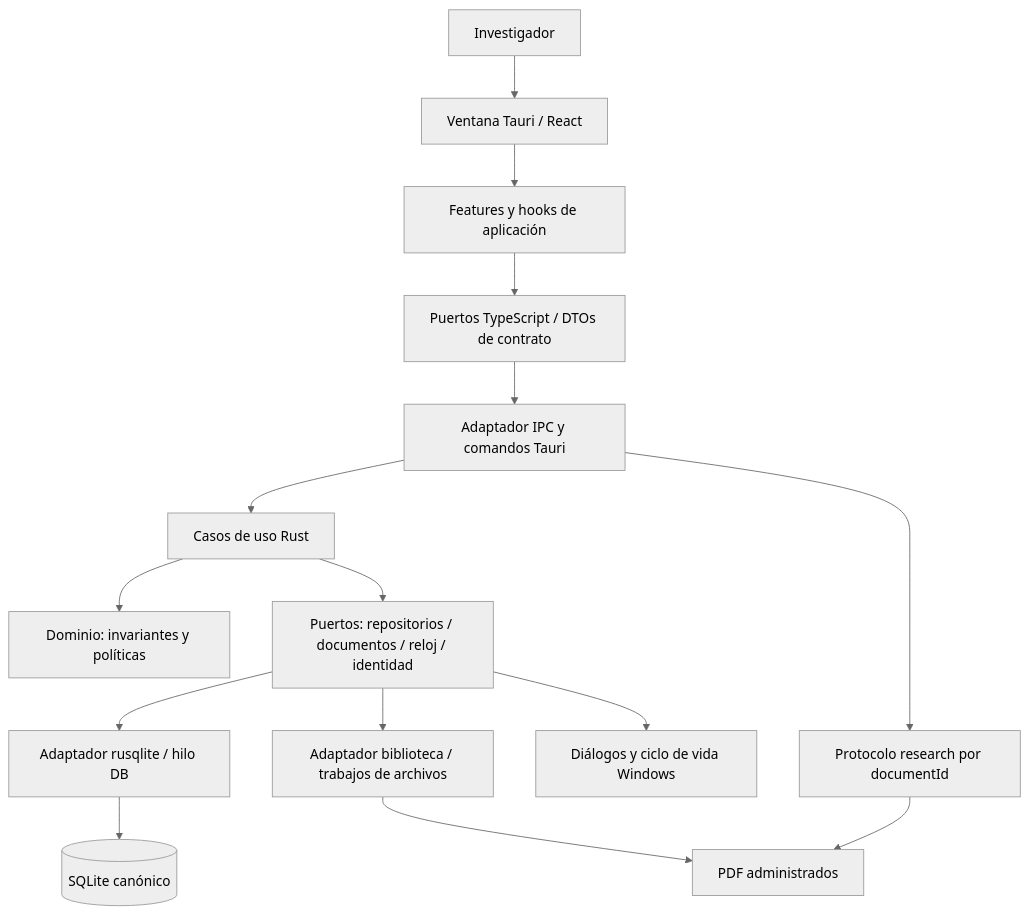
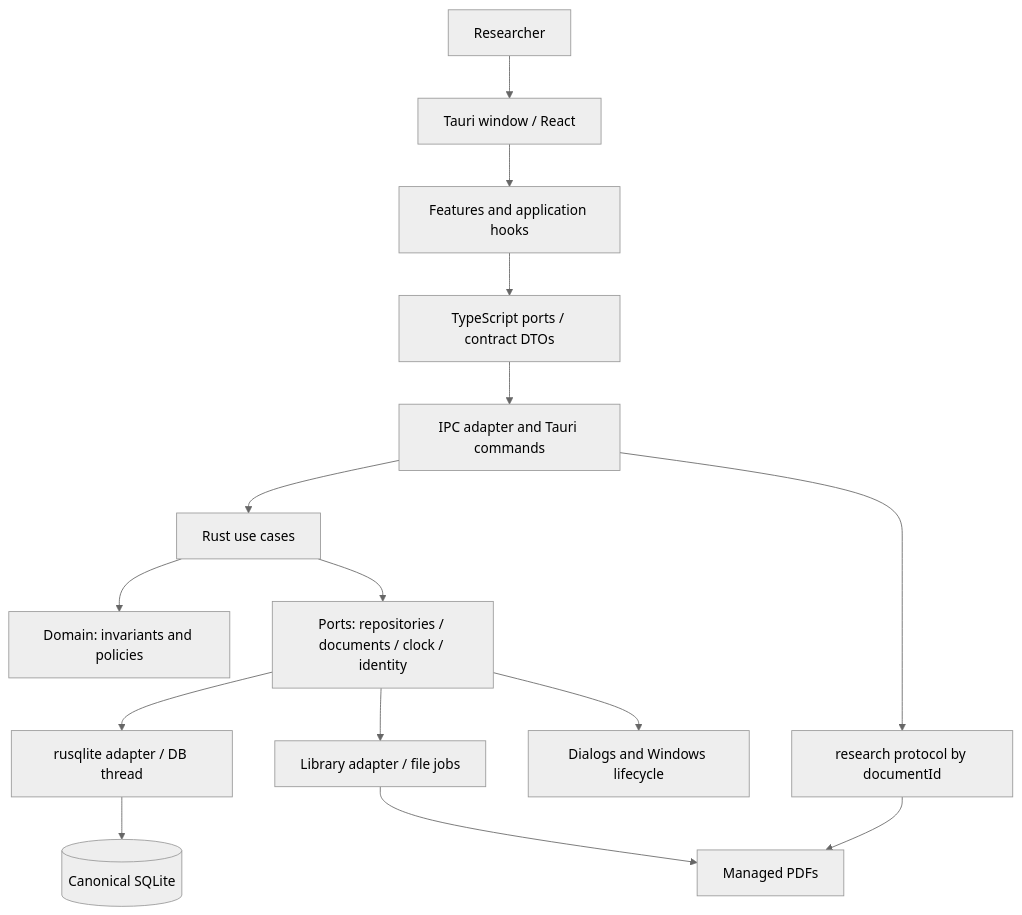
Before and after one commit to dpalazon-dev/doctorado-ucam: the first of 2 diagrams in prototypes/research-workbench/docs/architecture/ARCHITECTURE.md, drawn with Mermaid (neutral theme). The commit also changed other lines of this file and 277 other files, not shown here.

````diff
--- a/prototypes/research-workbench/docs/architecture/ARCHITECTURE.md
+++ b/prototypes/research-workbench/docs/architecture/ARCHITECTURE.md
@@ -11,17 +11,17 @@
 ```mermaid
 flowchart TB
-  U[Investigador] --> UI[Ventana Tauri / React]
-  UI --> F[Features y hooks de aplicación]
-  F --> API[Puertos TypeScript / DTOs de contrato]
-  API --> IPC[Adaptador IPC y comandos Tauri]
-  IPC --> A[Casos de uso Rust]
-  A --> D[Dominio: invariantes y políticas]
-  A --> P[Puertos: repositorios / documentos / reloj / identidad]
-  P --> DB[Adaptador rusqlite / hilo DB]
-  P --> FS[Adaptador biblioteca / trabajos de archivos]
-  P --> OS[Diálogos y ciclo de vida Windows]
-  DB --> S[(SQLite canónico)]
-  FS --> PDF[PDF administrados]
-  IPC --> R[Protocolo research por documentId]
+  U[Researcher] --> UI[Tauri window / React]
+  UI --> F[Features and application hooks]
+  F --> API[TypeScript ports / contract DTOs]
+  API --> IPC[IPC adapter and Tauri commands]
+  IPC --> A[Rust use cases]
+  A --> D[Domain: invariants and policies]
+  A --> P[Ports: repositories / documents / clock / identity]
+  P --> DB[rusqlite adapter / DB thread]
+  P --> FS[Library adapter / file jobs]
+  P --> OS[Dialogs and Windows lifecycle]
+  DB --> S[(Canonical SQLite)]
+  FS --> PDF[Managed PDFs]
+  IPC --> R[research protocol by documentId]
   R --> PDF
 ```
````
